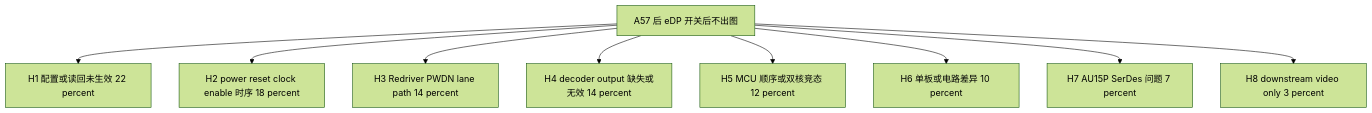
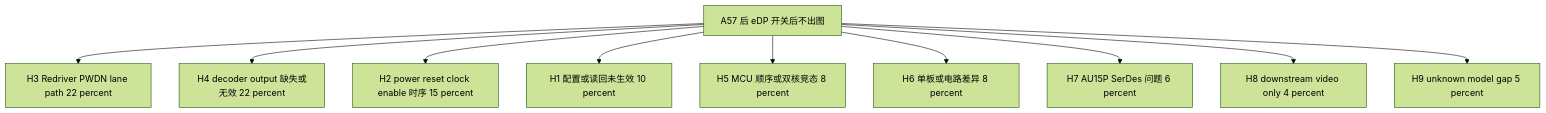
The second of 3 diagrams in pilot_runs/a57_edp/latest-architecture-first.md (joyhpc/DebugTool), drawn with Mermaid (forest theme) before and after one commit. The commit also changed other lines of this file and 14 other files, not shown here.

````diff
--- a/pilot_runs/a57_edp/latest-architecture-first.md
+++ b/pilot_runs/a57_edp/latest-architecture-first.md
@@ -181,12 +182,13 @@
 ```mermaid
 flowchart TD
   H0[A57 后 eDP 开关后不出图]
-  H0 --> H1[H1 配置或读回未生效 22 percent]
-  H0 --> H2[H2 power reset clock enable 时序 18 percent]
-  H0 --> H3[H3 Redriver PWDN lane path 14 percent]
-  H0 --> H4[H4 decoder output 缺失或无效 14 percent]
-  H0 --> H5[H5 MCU 顺序或双核竞态 12 percent]
-  H0 --> H6[H6 单板或电路差异 10 percent]
-  H0 --> H7[H7 AU15P SerDes 问题 7 percent]
-  H0 --> H8[H8 downstream video only 3 percent]
+  H0 --> H3[H3 Redriver PWDN lane path 22 percent]
+  H0 --> H4[H4 decoder output 缺失或无效 22 percent]
+  H0 --> H2[H2 power reset clock enable 时序 15 percent]
+  H0 --> H1[H1 配置或读回未生效 10 percent]
+  H0 --> H5[H5 MCU 顺序或双核竞态 8 percent]
+  H0 --> H6[H6 单板或电路差异 8 percent]
+  H0 --> H7[H7 AU15P SerDes 问题 6 percent]
+  H0 --> H8[H8 downstream video only 4 percent]
+  H0 --> H9[H9 unknown model gap 5 percent]
 ```
````
